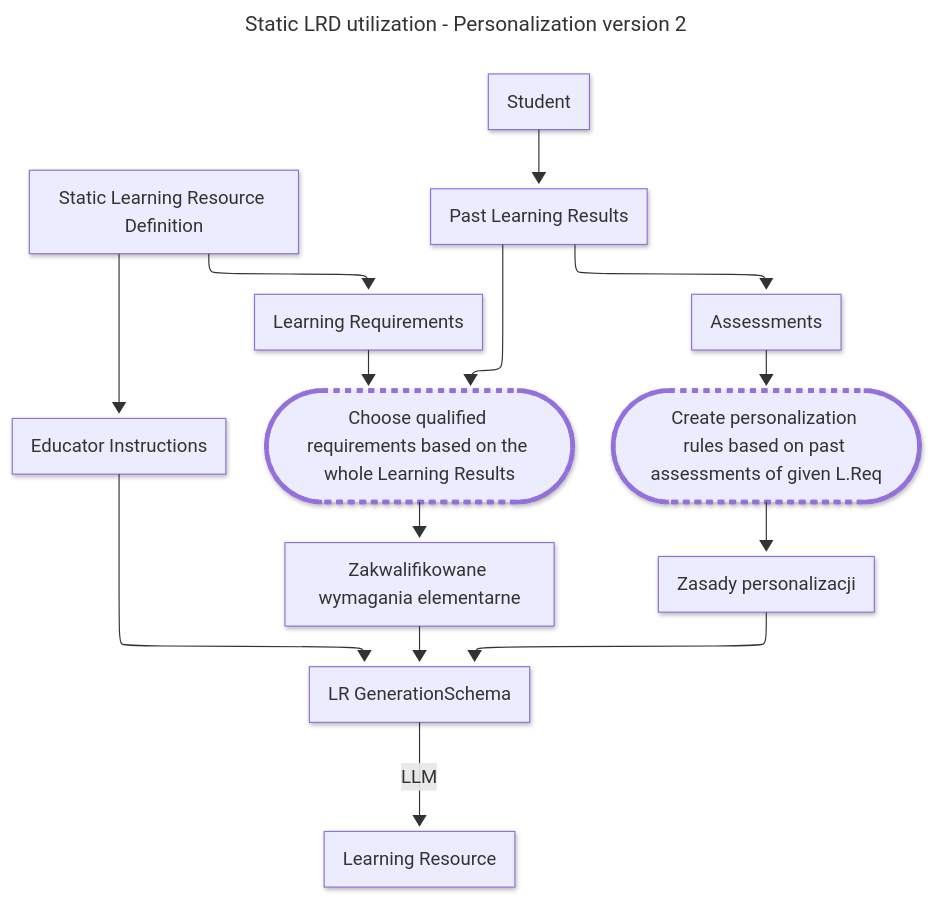
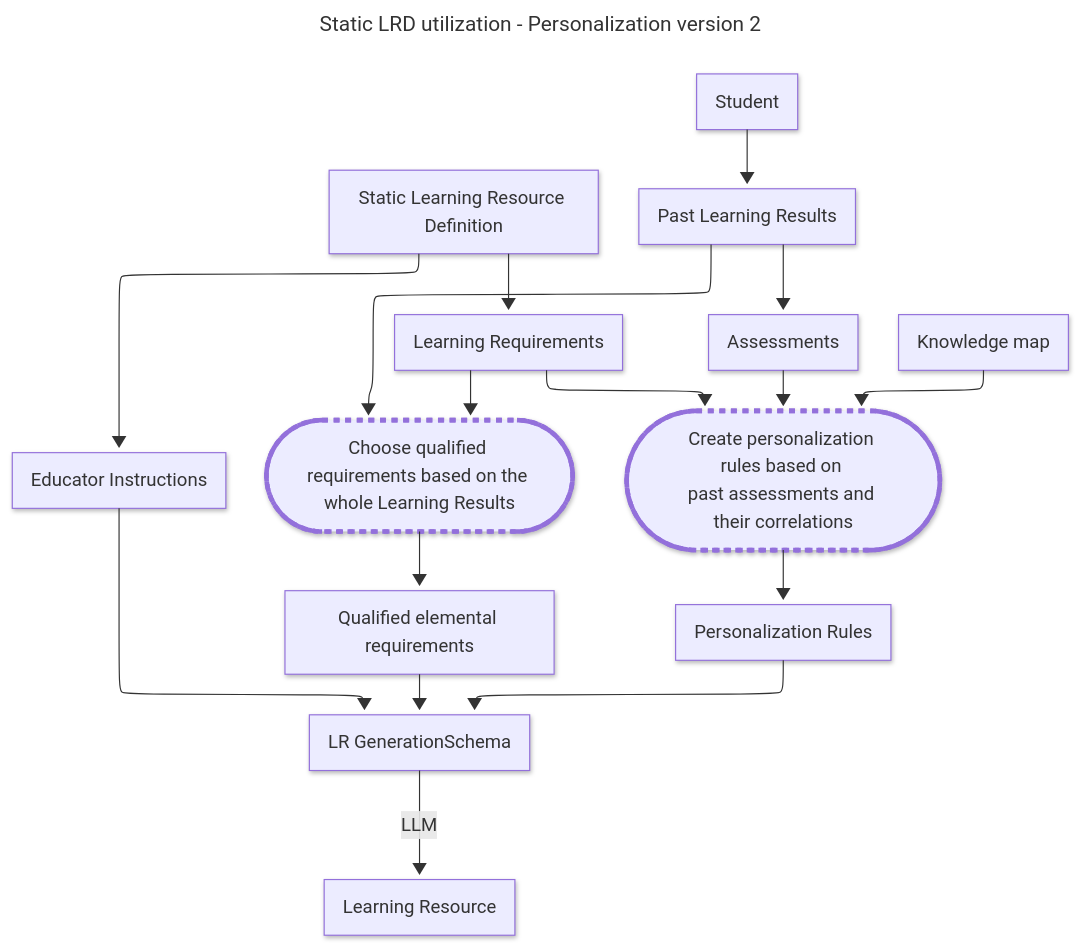
One commit to EdutieProject/edutie-backend changed the diagram in docs/edutie/definitions/personalization/LearningResourceDefinition.md. Above: the diagram before and after it, drawn with Mermaid. The commit also changed 4 other files, not shown here.

````diff
--- a/docs/edutie/definitions/personalization/LearningResourceDefinition.md
+++ b/docs/edutie/definitions/personalization/LearningResourceDefinition.md
@@ -46,23 +46,24 @@
 ```mermaid
 ---
 config:
   theme: mc
   layout: elk
   look: neo
 title: Static LRD utilization - Personalization version 2
 ---
 flowchart TD
     n1["Static Learning Resource Definition"] --> n2["Learning Requirements"] & n3["Educator Instructions"]
     n4["Student"] --> n5["Past Learning Results"]
     n5 --> n6["Assessments"] & n7(["Choose qualified requirements based on the whole Learning Results"])
     n2 --> n7
-    n7 --> n8["Zakwalifikowane wymagania elementarne"]
-    n6 --> n9(["Create personalization rules based on past assessments of given L.Req"])
-    n9 --> n10["Zasady personalizacji"]
+    n7 --> n8["Qualified elemental requirements"]
+    n6 & km["Knowledge map"] --> n9(["Create personalization rules based on \npast assessments and their correlations"])
+    n9 --> n10["Personalization Rules"]
     n8 --> n11["LR GenerationSchema"]
     n10 --> n11
     n3 --> n11
+    n2 --> n9
     n11 -- LLM --> n12["Learning Resource"]
     style n7 stroke-width:4px,stroke-dasharray: 5
     style n9 stroke-width:4px,stroke-dasharray: 5
 ```
````
